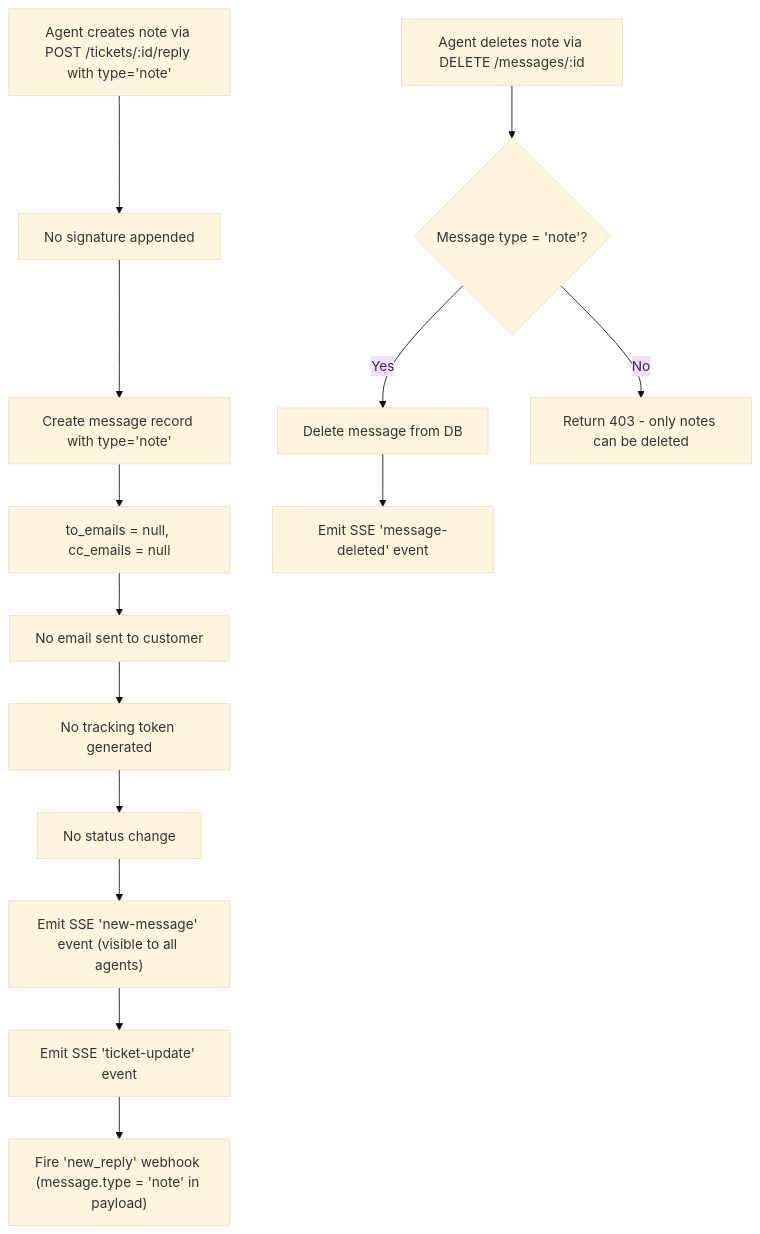
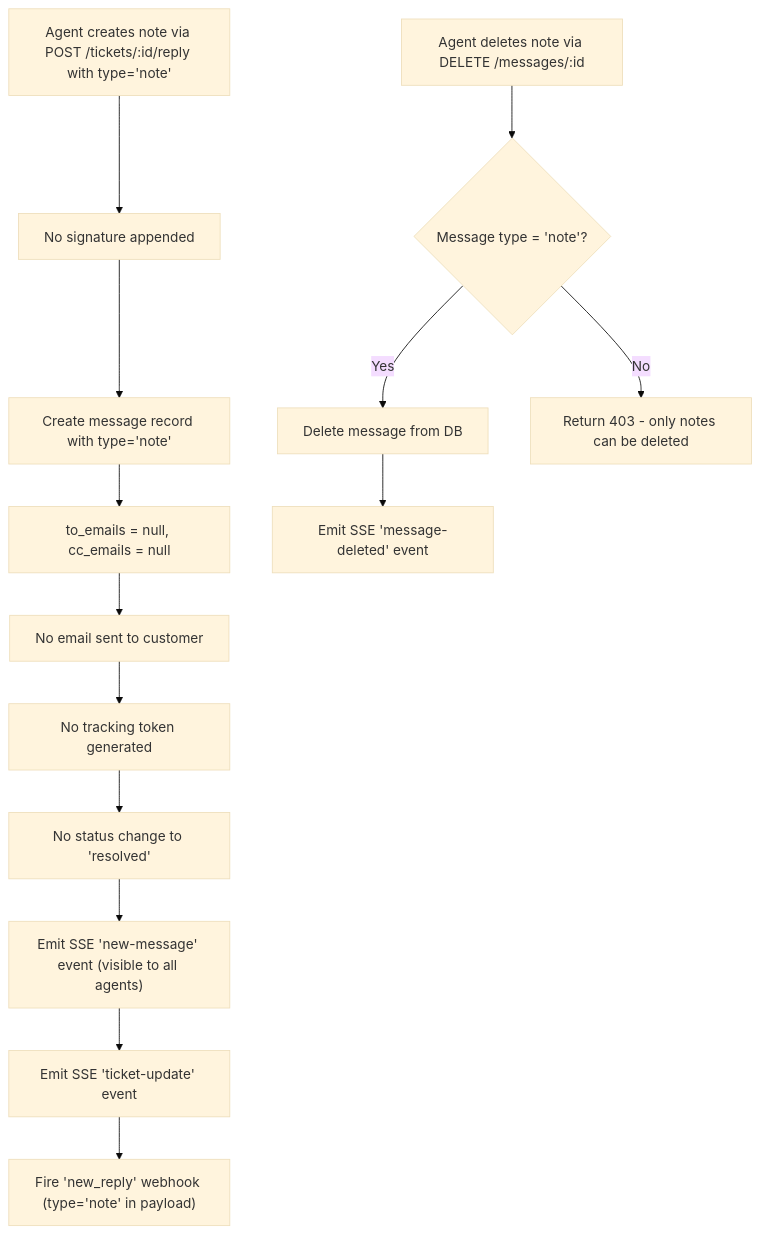
Before and after one commit to bookatechie/support-inbox: diagram 12 of 14 in FLOW.md, drawn with Mermaid (base theme). The commit also changed other lines of this file and 1 other file, not shown here.

First line of the commit message:
docs: Fix flow accuracy and rename to FLOW.md, reference from CLAUDE.md

````diff
--- a/FLOW.md
+++ b/FLOW.md
@@ -419,17 +424,17 @@
 ```mermaid
 flowchart TD
     A["Agent creates note via POST /tickets/:id/reply with type='note'"] --> B[No signature appended]
     B --> C["Create message record with type='note'"]
     C --> D["to_emails = null, cc_emails = null"]
     D --> E[No email sent to customer]
     E --> F[No tracking token generated]
-    F --> G[No status change]
+    F --> G["No status change to 'resolved'"]
     G --> H["Emit SSE 'new-message' event (visible to all agents)"]
     H --> H1["Emit SSE 'ticket-update' event"]
-    H1 --> H2["Fire 'new_reply' webhook (message.type = 'note' in payload)"]
+    H1 --> H2["Fire 'new_reply' webhook (type='note' in payload)"]
 
     I["Agent deletes note via DELETE /messages/:id"] --> J{Message type = 'note'?}
     J -- Yes --> K[Delete message from DB]
     K --> L["Emit SSE 'message-deleted' event"]
     J -- No --> M["Return 403 - only notes can be deleted"]
 ```
````
